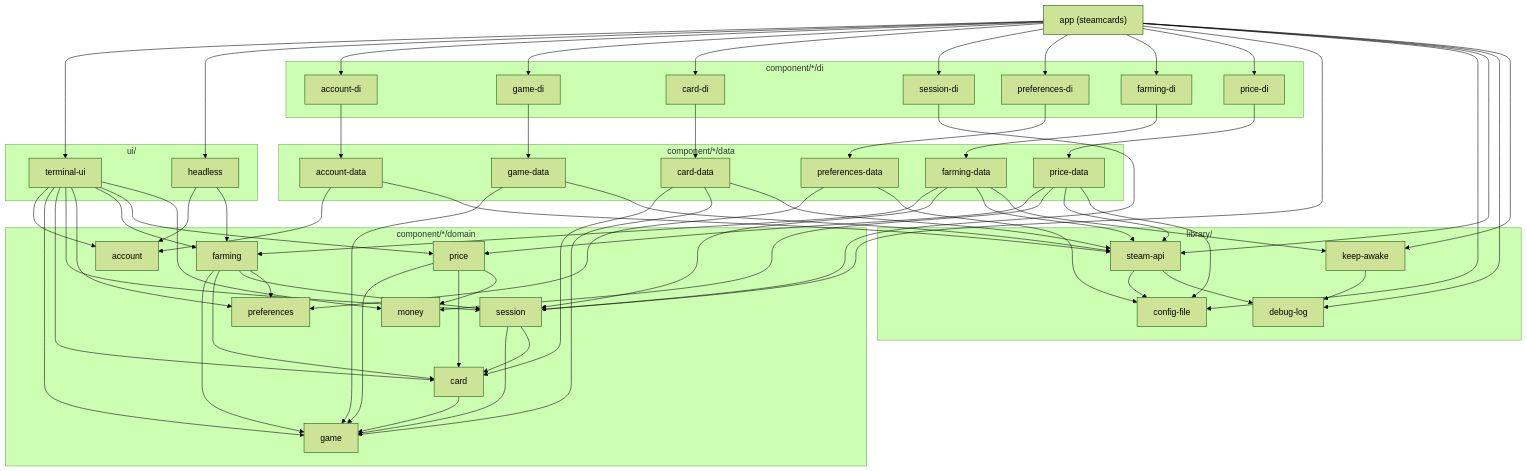
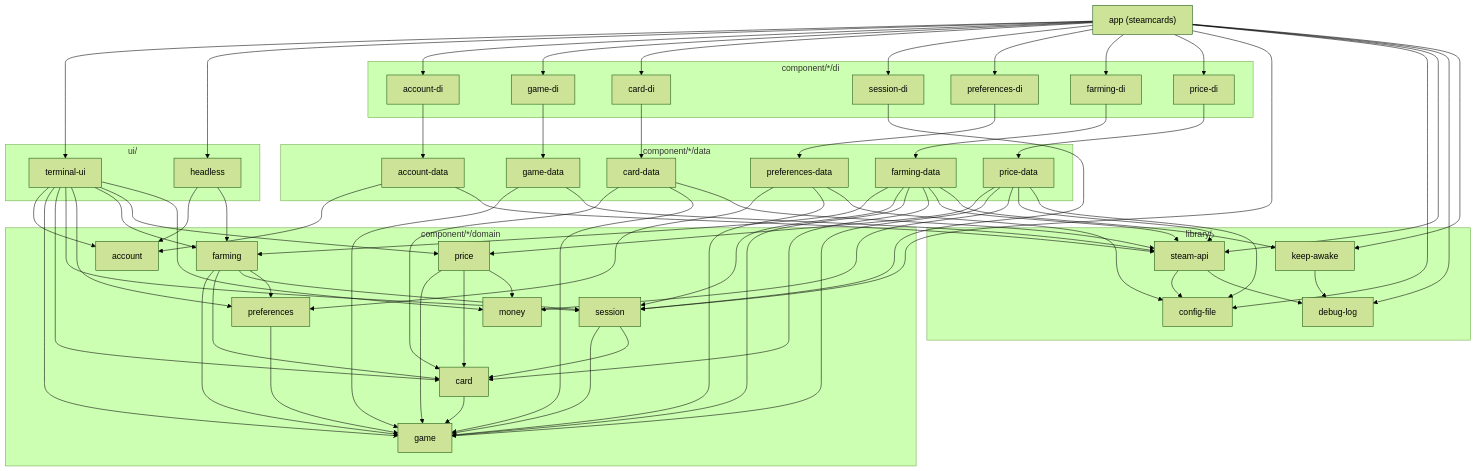
One commit to joshgallantt/steamcards changed the diagram in docs/architecture.md. Above: the diagram before and after it, drawn with Mermaid (forest theme). The commit also changed other lines of this file and 71 other files, not shown here.

````diff
--- a/docs/architecture.md
+++ b/docs/architecture.md
@@ -340,69 +353,70 @@
 ```mermaid
 graph TD
     APP["app (steamcards)"]
 
     subgraph UI["ui/"]
         TUI[terminal-ui]
         HL[headless]
     end
 
     subgraph DI["component/*/di"]
         ADI[account-di]
         GDI[game-di]
         CDI[card-di]
         SDI[session-di]
         PDI[preferences-di]
         FDI[farming-di]
         PRDI[price-di]
     end
 
     subgraph DATA["component/*/data"]
         AD[account-data]
         GD[game-data]
         CD[card-data]
         PD[preferences-data]
         FD[farming-data]
         PRD[price-data]
     end
 
     subgraph DOMAIN["component/*/domain"]
         MON[money]
         ACC[account]
         GAME[game]
         CARD[card]
         SES[session]
         PREF[preferences]
         FARM[farming]
         PRICE[price]
     end
 
     subgraph LIBS["library/"]
         SA[steam-api]
         CF[config-file]
         DL[debug-log]
         KA[keep-awake]
     end
 
     APP --> TUI & HL & ADI & GDI & CDI & SDI & PDI & FDI & PRDI & SES & CF & SA & DL & KA
     TUI --> ACC & GAME & CARD & SES & PREF & FARM & PRICE & MON
     HL --> ACC & FARM
     ADI --> AD
     GDI --> GD
     CDI --> CD
     PDI --> PD
     FDI --> FD
     SDI --> SES
     PRDI --> PRD
     AD --> ACC & SA
     GD --> GAME & SA
     CD --> CARD & GAME & SA
-    PD --> PREF & CF
-    FD --> FARM & SES & SA & KA
-    PRD --> PRICE & MON & SA & CF
+    PD --> PREF & GAME & CF
+    FD --> FARM & SES & GAME & CARD & SA & KA
+    PRD --> PRICE & GAME & MON & SA & CF
     CARD --> GAME
+    PREF --> GAME
     SES --> GAME & CARD
     FARM --> GAME & CARD & SES & PREF
     PRICE --> GAME & CARD & MON
     SA --> CF & DL
     KA --> DL
 ```
````
